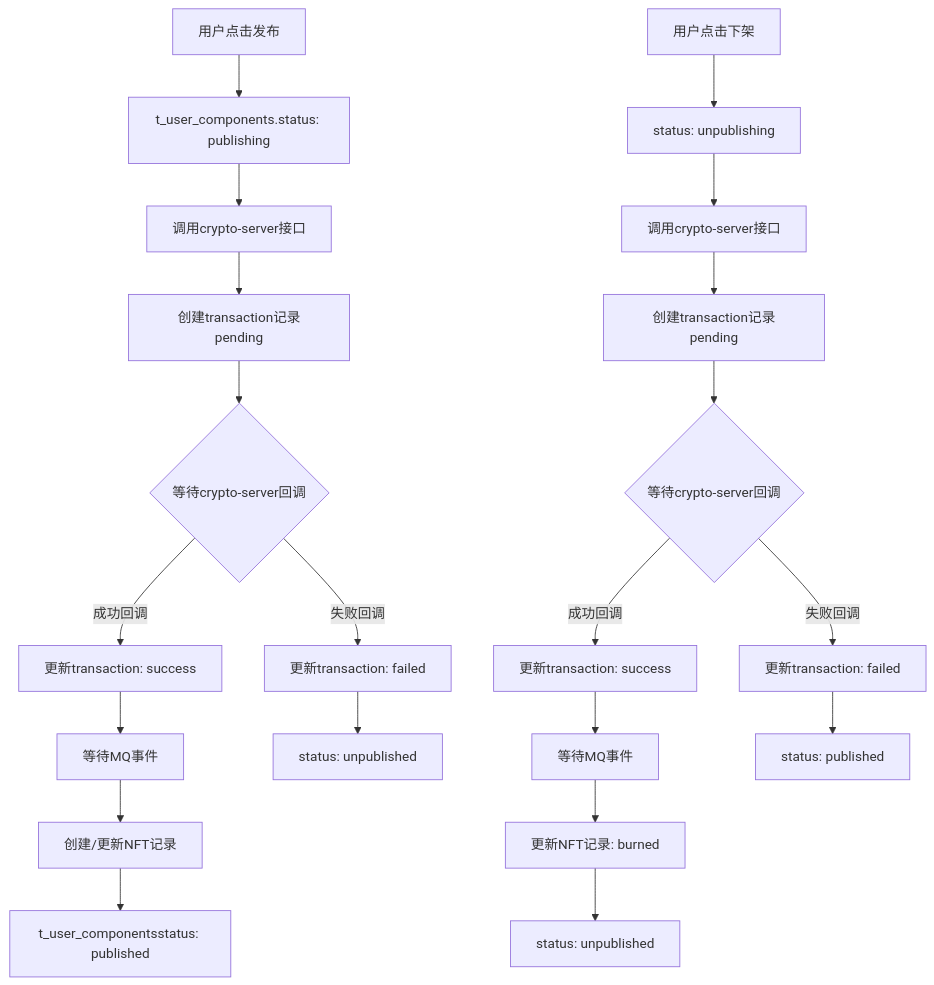
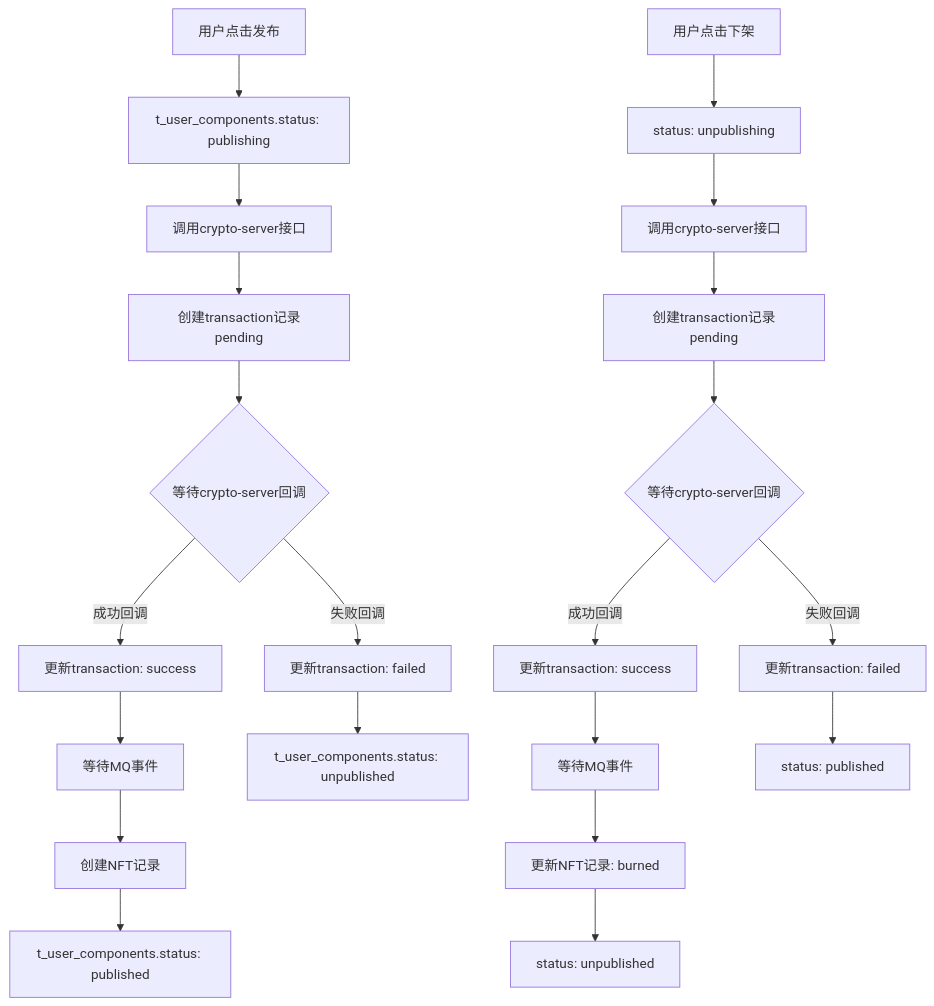
The diagram in all/未命名-74.md (yingjianzh/iodraw-files), drawn with Mermaid before and after one commit.

Commit message:
2025-07-07 15:51:49 update

````diff
--- a/all/未命名-74.md
+++ b/all/未命名-74.md
@@ -1,30 +1,30 @@
 ```mermaid
 
 graph TD
     A[用户点击发布] --> B[t_user_components.status: publishing]
     B --> C[调用crypto-server接口]
     C --> D[创建transaction记录pending]
     D --> E{等待crypto-server回调}
     
     E -->|成功回调| F[更新transaction: success]
     F --> G[等待MQ事件]
-    G --> H[创建/更新NFT记录]
-    H --> I[t_user_componentsstatus: published]
+    G --> H[创建NFT记录]
+    H --> I[t_user_components.status: published]
     
     E -->|失败回调| J[更新transaction: failed]
-    J --> K[status: unpublished]
+    J --> K[t_user_components.status: unpublished]
     
     L[用户点击下架] --> M[status: unpublishing]
     M --> N[调用crypto-server接口]
     N --> O[创建transaction记录pending]
     O --> P{等待crypto-server回调}
     
     P -->|成功回调| Q[更新transaction: success]
     Q --> R[等待MQ事件]
     R --> S[更新NFT记录: burned]
     S --> T[status: unpublished]
     
     P -->|失败回调| U[更新transaction: failed]
     U --> V[status: published]
 
 ```
````
